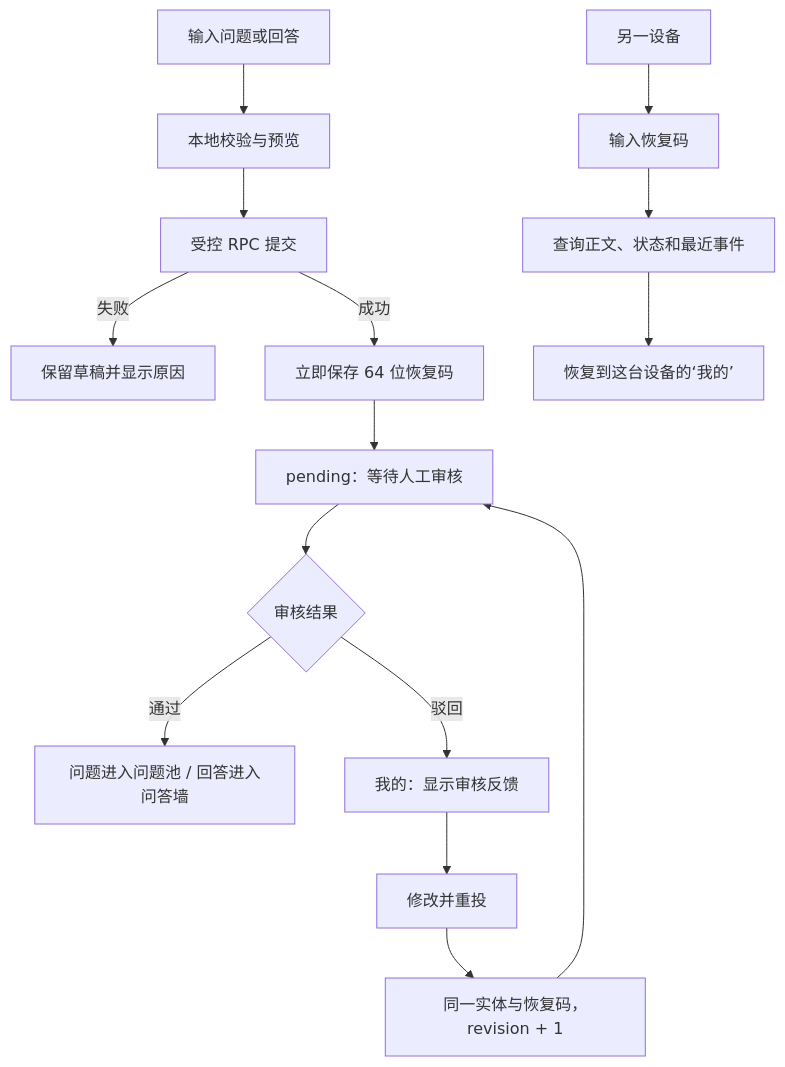
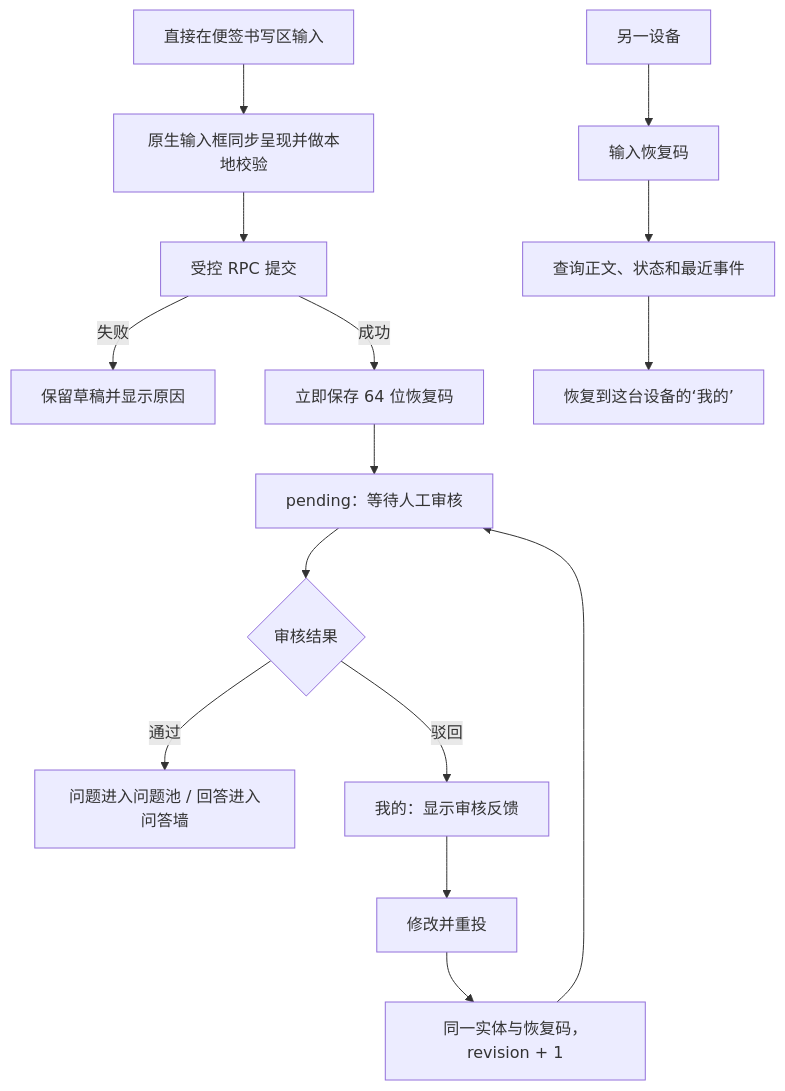
One commit to GDZ7274/intergenerational-question-wall changed the second of 3 diagrams in docs/FLOWS.md. Above: the diagram before and after it, drawn with Mermaid. The commit also changed other lines of this file and 10 other files, not shown here.

````diff
--- a/docs/FLOWS.md
+++ b/docs/FLOWS.md
@@ -61,18 +62,18 @@
 ```mermaid
 flowchart TD
-    A["输入问题或回答"] --> B["本地校验与预览"]
+    A["直接在便签书写区输入"] --> B["原生输入框同步呈现并做本地校验"]
     B --> C["受控 RPC 提交"]
     C -->|"失败"| D["保留草稿并显示原因"]
     C -->|"成功"| E["立即保存 64 位恢复码"]
     E --> F["pending：等待人工审核"]
     F --> G{"审核结果"}
     G -->|"通过"| H["问题进入问题池 / 回答进入问答墙"]
     G -->|"驳回"| I["我的：显示审核反馈"]
     I --> J["修改并重投"]
     J --> K["同一实体与恢复码，revision + 1"]
     K --> F
 
     L["另一设备"] --> M["输入恢复码"]
     M --> N["查询正文、状态和最近事件"]
     N --> O["恢复到这台设备的‘我的’"]
 ```
````
